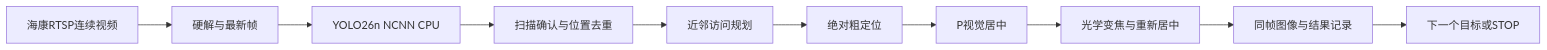
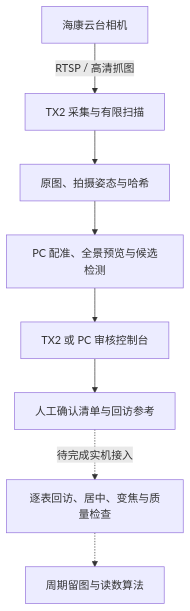
One commit to moonnnei/jetson-ptz-inspection changed the diagram in README.md. Above: the diagram before and after it, drawn with Mermaid. The commit also changed other lines of this file and 60 other files, not shown here.

````diff
--- a/README.md
+++ b/README.md
@@ -45,12 +48,10 @@
 ```mermaid
-flowchart LR
-    A[海康RTSP连续视频] --> B[硬解与最新帧]
-    B --> C[YOLO26n NCNN CPU]
-    C --> D[扫描确认与位置去重]
-    D --> E[近邻访问规划]
-    E --> F[绝对粗定位]
-    F --> G[P视觉居中]
-    G --> H[光学变焦与重新居中]
-    H --> I[同帧图像与结果记录]
-    I --> J[下一个目标或STOP]
+flowchart TD
+    A[海康云台相机] -->|RTSP / 高清抓图| B[TX2 采集与有限扫描]
+    B --> C[原图、拍摄姿态与哈希]
+    C --> D[PC 配准、全景预览与候选检测]
+    D --> E[TX2 或 PC 审核控制台]
+    E --> F[人工确认清单与回访参考]
+    F -.待完成实机接入.-> G[逐表回访、居中、变焦与质量检查]
+    G -.-> H[周期留图与读数算法]
 ```
````
